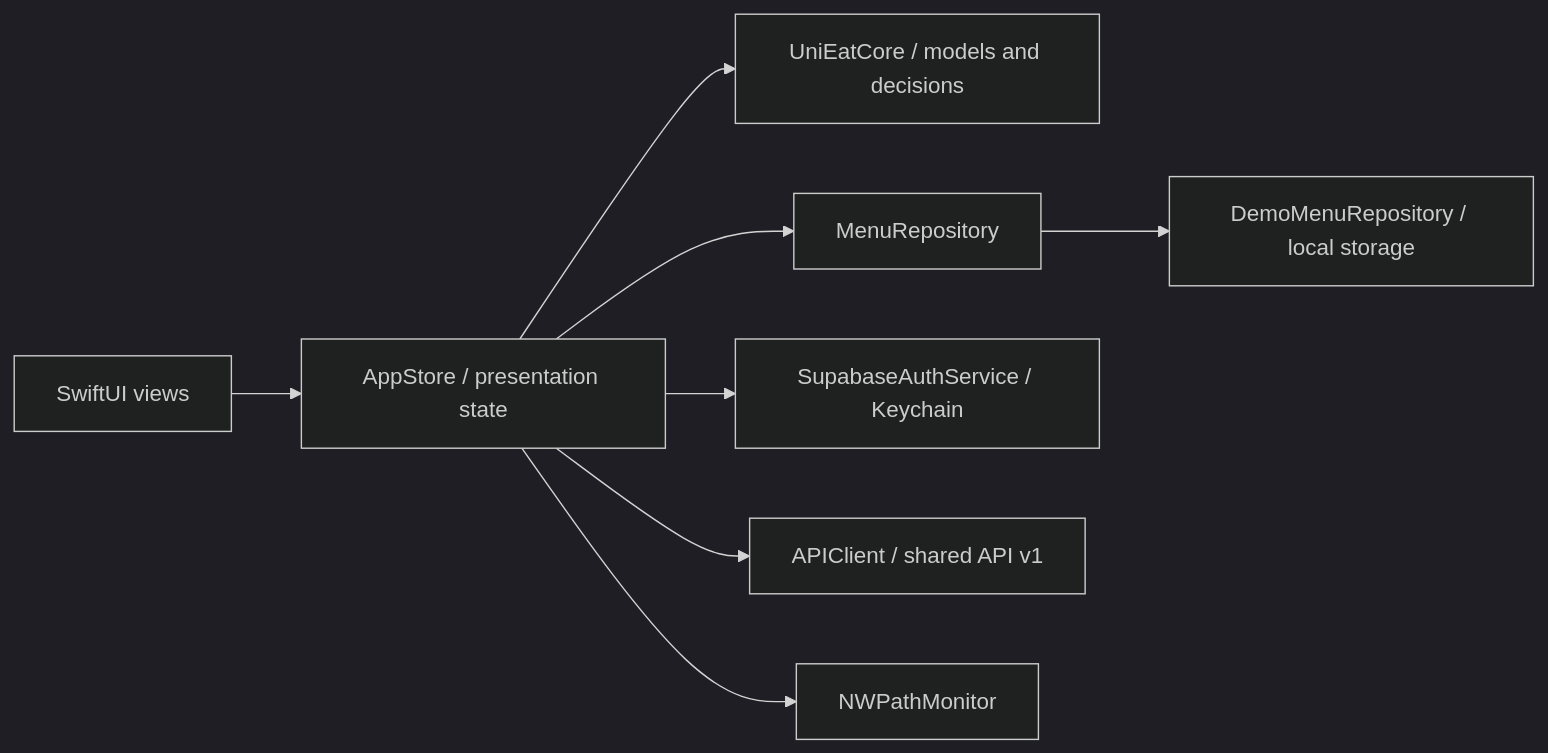
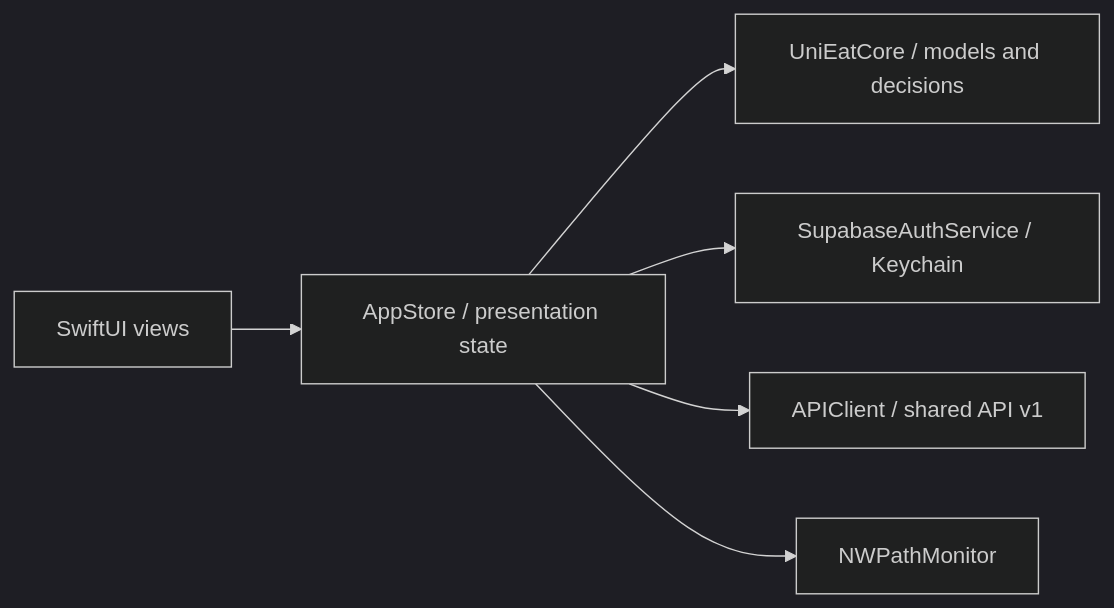
The diagram in README.md (k-alvarezr/UniEat---iOS), drawn with Mermaid (dark theme) before and after one commit. The commit also changed other lines of this file and 31 other files, not shown here.

````diff
--- a/README.md
+++ b/README.md
@@ -52,10 +51,8 @@
 ```mermaid
 flowchart LR
     UI[SwiftUI views] --> VM[AppStore / presentation state]
     VM --> Core[UniEatCore / models and decisions]
-    VM --> Repo[MenuRepository]
-    Repo --> Demo[DemoMenuRepository / local storage]
     VM --> Auth[SupabaseAuthService / Keychain]
     VM --> API[APIClient / shared API v1]
     VM --> Network[NWPathMonitor]
 ```
````
